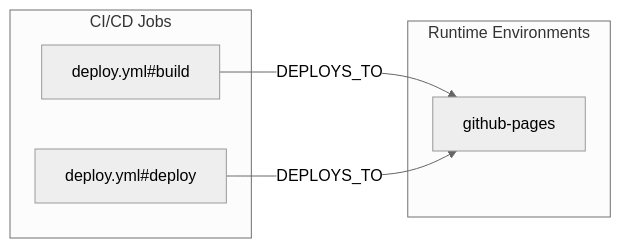
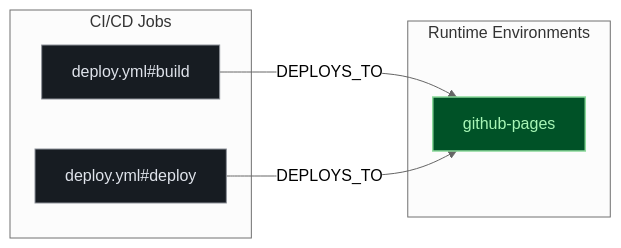
Before and after one commit to kumarshaz/atruss-code-atlas: the first of 2 diagrams in exports/latest/reports/mastodon-documentation-report.md, drawn with Mermaid (neutral theme). The commit also changed other lines of this file and 331 other files, not shown here.

Commit message:
docs,ui,fix: update SDLC docs, reorder CI/CD DAG first, stylize Mermaid, and fix Arc42 pipeline topology

````diff
--- a/exports/latest/reports/mastodon-documentation-report.md
+++ b/exports/latest/reports/mastodon-documentation-report.md
@@ -65,12 +65,16 @@
 ```mermaid
 flowchart LR
+    classDef atlasCategory fill:#212428,stroke:#E87A48,stroke-width:1.5px,color:#dfe3eb
+    classDef atlasWorkflow fill:#1b2026,stroke:#a3c9ff,stroke-width:1.5px,color:#dfe3eb
+    classDef atlasJob fill:#171c22,stroke:#8d9199,stroke-width:1px,color:#dfe3eb
+    classDef atlasTarget fill:#005227,stroke:#8bd99b,stroke-width:1.5px,color:#a7f6b6
     subgraph ci_jobs["CI/CD Jobs"]
-        job_deploy_yml_build["deploy.yml#build"]
-        job_deploy_yml_deploy["deploy.yml#deploy"]
+        job_deploy_yml_build["deploy.yml#build"]:::atlasJob
+        job_deploy_yml_deploy["deploy.yml#deploy"]:::atlasJob
     end
     subgraph runtime_envs["Runtime Environments"]
-        env_github_pages["github-pages"]
+        env_github_pages["github-pages"]:::atlasTarget
     end
     job_deploy_yml_build -->|DEPLOYS_TO| env_github_pages
     job_deploy_yml_deploy -->|DEPLOYS_TO| env_github_pages
 ```
````
